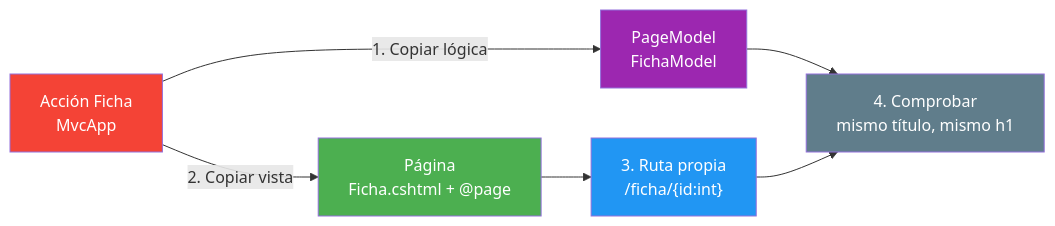
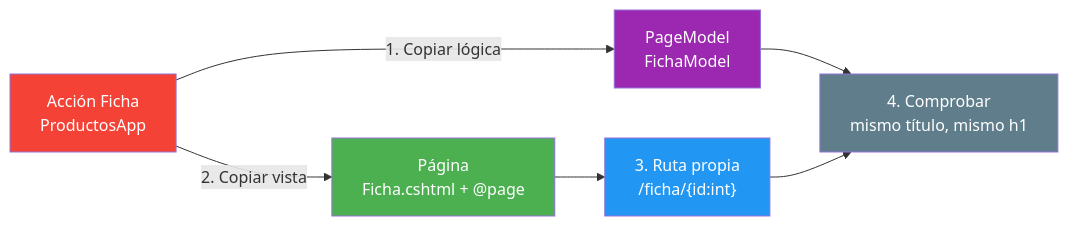
One commit to joseluisgs/DesarrolloWebEntornosServidor-03-2026-2027 changed the fourth of 4 diagrams in 12-mvc-vs-razorpages.md. Above: the diagram before and after it, drawn with Mermaid. The commit also changed other lines of this file and 6 other files, not shown here.

````diff
--- a/12-mvc-vs-razorpages.md
+++ b/12-mvc-vs-razorpages.md
@@ -239,13 +239,13 @@
 ```mermaid
 graph LR
-    A["Acción Ficha<br/>MvcApp"] -->|"1. Copiar lógica"| B["PageModel<br/>FichaModel"]
+    A["Acción Ficha<br/>ProductosApp"] -->|"1. Copiar lógica"| B["PageModel<br/>FichaModel"]
     A -->|"2. Copiar vista"| C["Página<br/>Ficha.cshtml + @page"]
     C --> D["3. Ruta propia<br/>/ficha/{id:int}"]
     B --> E["4. Comprobar<br/>mismo título, mismo h1"]
     D --> E
     style A fill:#f44336,color:#fff
     style B fill:#9C27B0,color:#fff
     style C fill:#4CAF50,color:#fff
     style D fill:#2196F3,color:#fff
     style E fill:#607D8B,color:#fff
 ```
````
